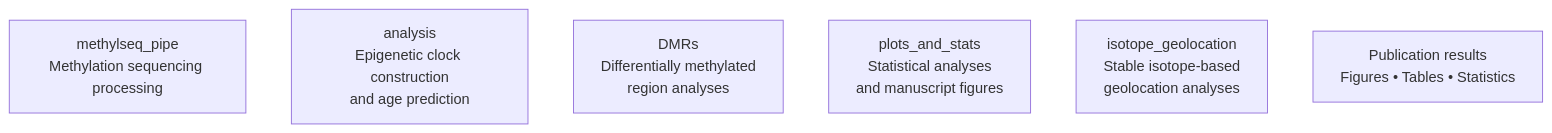
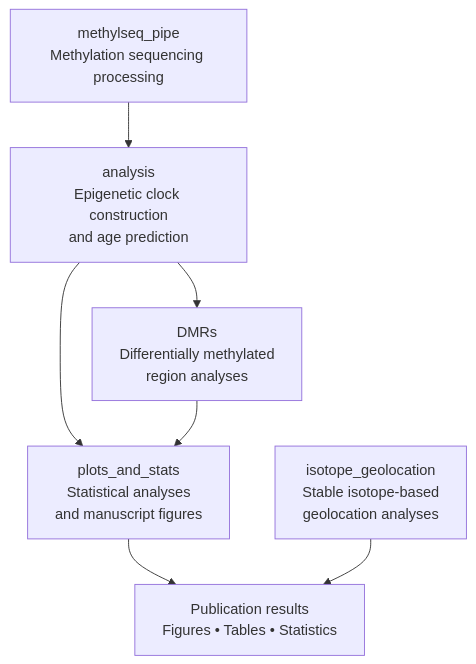
The diagram in README.md (JesperBoman/Butterfly_DNAm_age), drawn with Mermaid before and after one commit.

````diff
--- a/README.md
+++ b/README.md
@@ -17,15 +17,22 @@
 ```mermaid
 flowchart TD
     A[methylseq_pipe<br/>Methylation sequencing processing]
 
     B[analysis<br/>Epigenetic clock construction<br/>and age prediction]
 
     C[DMRs<br/>Differentially methylated<br/>region analyses]
 
     D[plots_and_stats<br/>Statistical analyses<br/>and manuscript figures]
 
     E[isotope_geolocation<br/>Stable isotope-based<br/>geolocation analyses]
 
     F[Publication results<br/>Figures • Tables • Statistics]
 
+    A --> B
+    B --> C
+    B --> D
+    C --> D
+    D --> F
+    E --> F
+
 ```
````
